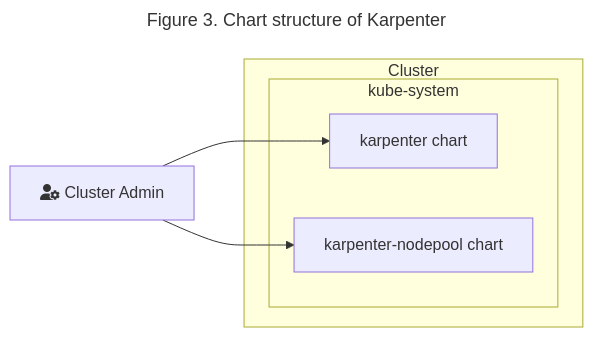
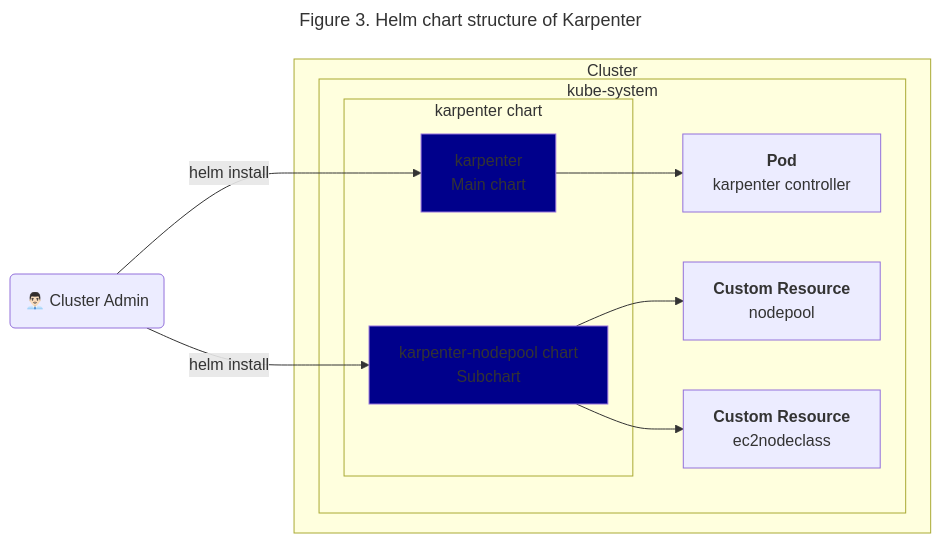
One commit to younsl/box changed the third of 3 diagrams in box/kubernetes/mermaids/karpenter.md. Above: the diagram before and after it, drawn with Mermaid.

Commit message:
chore: Add mermaids

````diff
--- a/box/kubernetes/mermaids/karpenter.md
+++ b/box/kubernetes/mermaids/karpenter.md
@@ -87,15 +87,31 @@
 ```mermaid
 ---
-title: "Figure 3. Chart structure of Karpenter"
+title: "Figure 3. Helm chart structure of Karpenter"
 ---
 flowchart LR
-  admin["fa:fa-user-gear Cluster Admin"]
+  admin("👨🏻‍💼 Cluster Admin")
   subgraph "Cluster"
     subgraph "kube-system"
-      kc["karpenter chart"]
-      knpc["karpenter-nodepool chart"]
+      subgraph "karpenter chart"
+        kc["`karpenter
+          Main chart`"]
+        knpc["`karpenter-nodepool chart
+              Subchart`"]
+      end
+
+      kcp["`**Pod**
+            karpenter controller`"]
+      np["`**Custom Resource**
+          nodepool`"]
+      ec2nc["`**Custom Resource**
+              ec2nodeclass`"]
     end
   end
 
-  admin --> kc & knpc
+  admin --helm install--> kc & knpc
+  kc --> kcp
+  knpc --> np & ec2nc
+
+  style kc fill:darkblue
+  style knpc fill:darkblue
 ```
````
